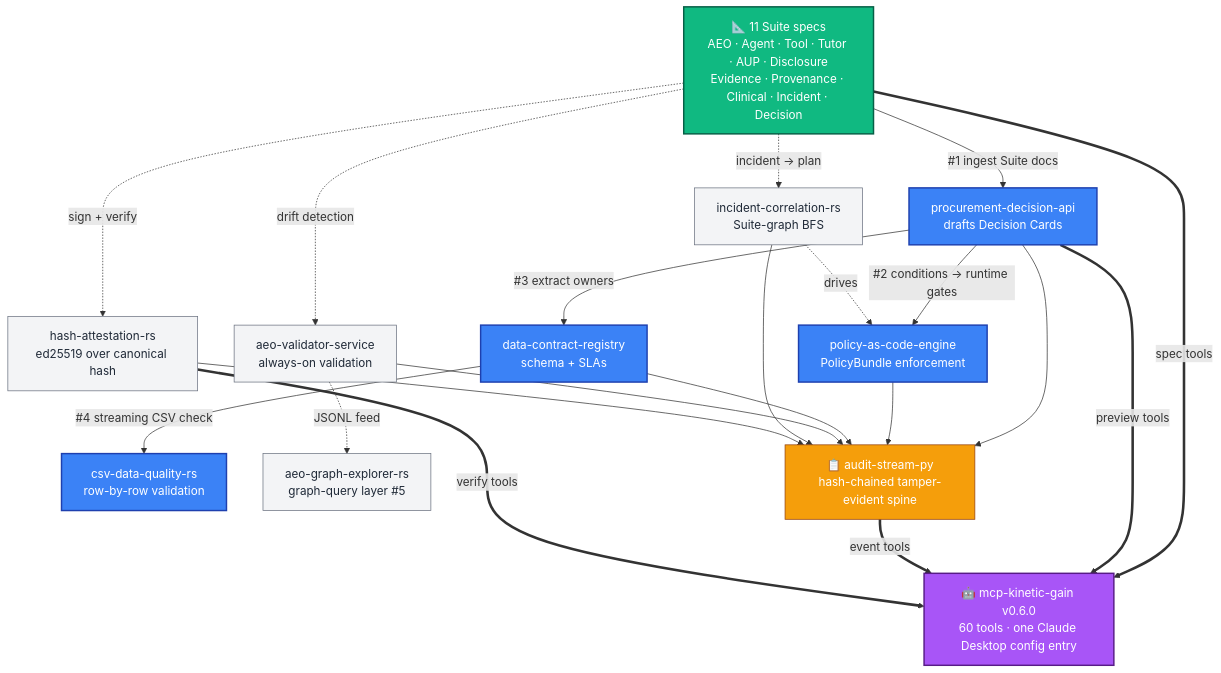
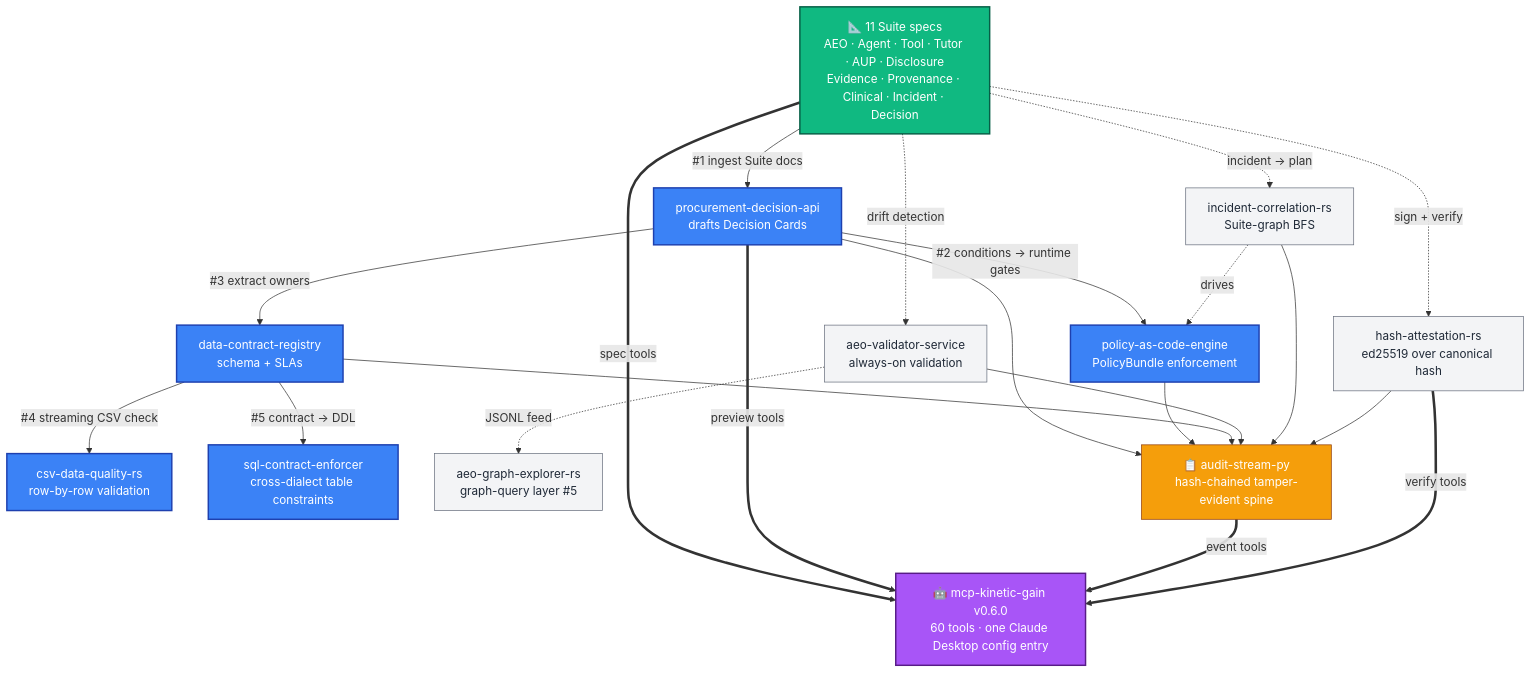
The first of 2 diagrams in README.md (mizcausevic-dev/kinetic-gain-protocol-suite), drawn with Mermaid before and after one commit. The commit also changed other lines of this file, not shown here.

First line of the commit message:
docs: weave in runtime enforcement + new producers + hook #5

````diff
--- a/README.md
+++ b/README.md
@@ -97,35 +97,36 @@
 ```mermaid
 flowchart TB
     classDef spec fill:#10b981,stroke:#065f46,color:#fff,stroke-width:2px
     classDef hook fill:#3b82f6,stroke:#1e40af,color:#fff,stroke-width:2px
     classDef sup fill:#f3f4f6,stroke:#6b7280,color:#1f2937
     classDef stream fill:#f59e0b,stroke:#92400e,color:#fff
     classDef mcp fill:#a855f7,stroke:#581c87,color:#fff,stroke-width:2px
 
     SPECS["📐 11 Suite specs<br/>AEO · Agent · Tool · Tutor · AUP · Disclosure<br/>Evidence · Provenance · Clinical · Incident · Decision"]:::spec
 
     SPECS -->|"#1 ingest Suite docs"| PDA["procurement-decision-api<br/>drafts Decision Cards"]:::hook
     PDA -->|"#2 conditions → runtime gates"| PAC["policy-as-code-engine<br/>PolicyBundle enforcement"]:::hook
     PDA -->|"#3 extract owners"| DCR["data-contract-registry<br/>schema + SLAs"]:::hook
     DCR -->|"#4 streaming CSV check"| CDQ["csv-data-quality-rs<br/>row-by-row validation"]:::hook
+    DCR -->|"#5 contract → DDL"| SCE["sql-contract-enforcer<br/>cross-dialect table constraints"]:::hook
 
     SPECS -.->|sign + verify| HA["hash-attestation-rs<br/>ed25519 over canonical hash"]:::sup
     SPECS -.->|drift detection| AVS["aeo-validator-service<br/>always-on validation"]:::sup
     AVS -.->|JSONL feed| AGE["aeo-graph-explorer-rs<br/>graph-query layer #5"]:::sup
     SPECS -.->|incident → plan| ICR["incident-correlation-rs<br/>Suite-graph BFS"]:::sup
     ICR -.->|drives| PAC
 
     PDA --> AS
     PAC --> AS
     DCR --> AS
     AVS --> AS
     ICR --> AS
     HA --> AS
     AS["📋 audit-stream-py<br/>hash-chained tamper-evident spine"]:::stream
 
     SPECS ==>|spec tools| MCP
     PDA ==>|preview tools| MCP
     AS ==>|event tools| MCP
     HA ==>|verify tools| MCP
     MCP["🤖 mcp-kinetic-gain v0.6.0<br/>60 tools · one Claude Desktop config entry"]:::mcp
 ```
````
